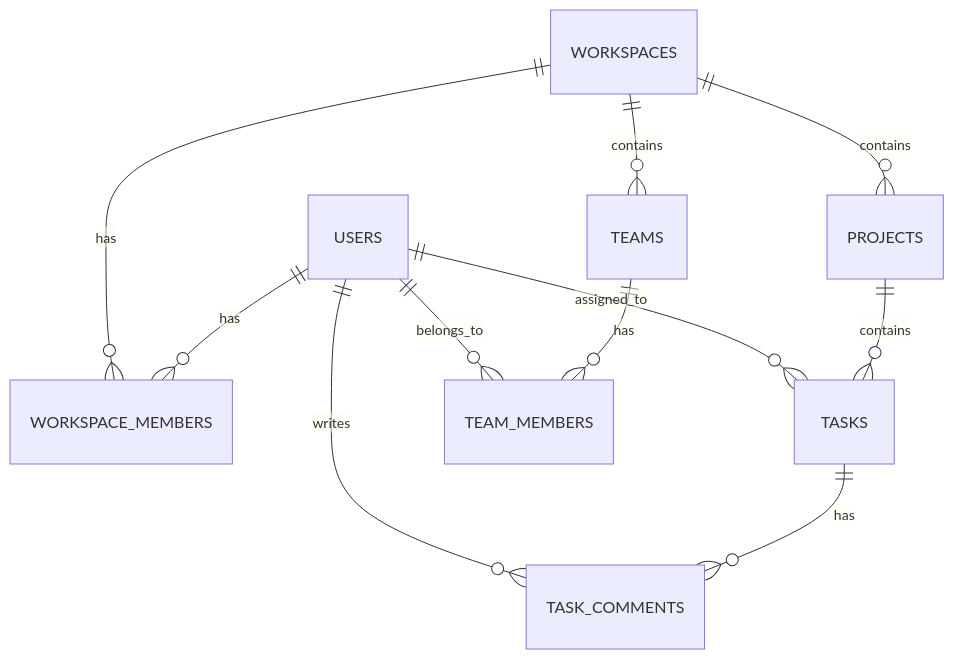
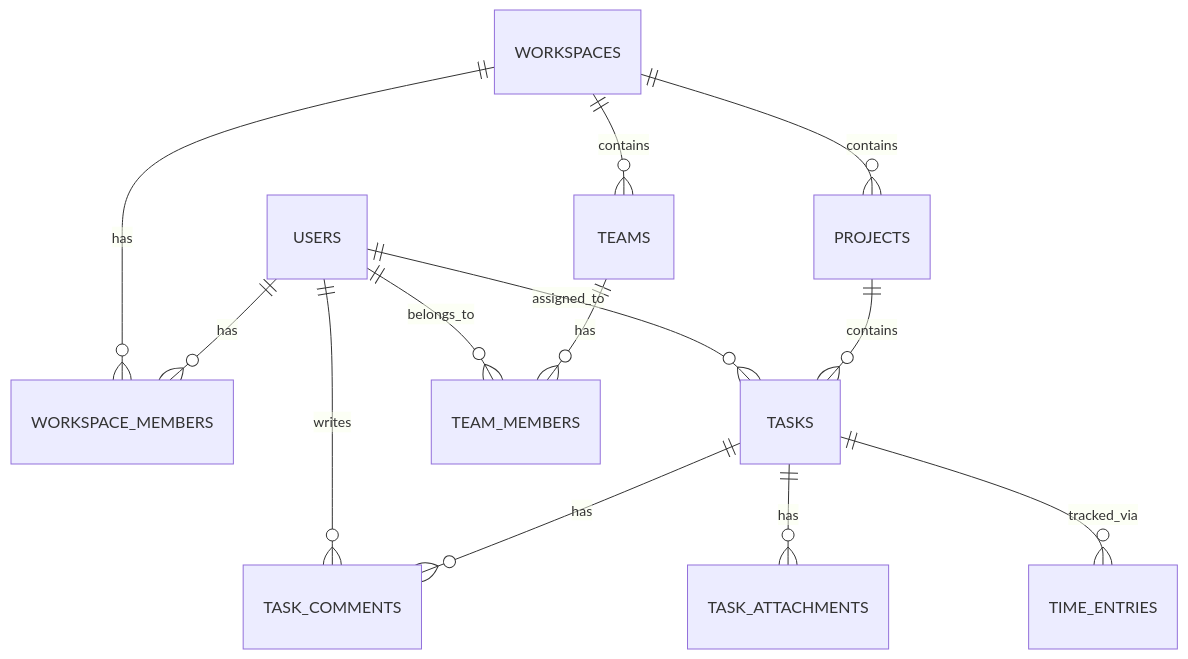
One commit to anirudhy-jpg/TaskPilot changed the second of 3 diagrams in TECHNICAL_REPORT.md. Above: the diagram before and after it, drawn with Mermaid. The commit also changed other lines of this file and 39 other files, not shown here.

````diff
--- a/TECHNICAL_REPORT.md
+++ b/TECHNICAL_REPORT.md
@@ -157,13 +169,15 @@
 ```mermaid
 erDiagram
     USERS ||--o{ WORKSPACE_MEMBERS : "has"
     WORKSPACES ||--o{ WORKSPACE_MEMBERS : "has"
     WORKSPACES ||--o{ PROJECTS : "contains"
     WORKSPACES ||--o{ TEAMS : "contains"
     PROJECTS ||--o{ TASKS : "contains"
     TASKS ||--o{ TASK_COMMENTS : "has"
+    TASKS ||--o{ TASK_ATTACHMENTS : "has"
+    TASKS ||--o{ TIME_ENTRIES : "tracked_via"
     USERS ||--o{ TASKS : "assigned_to"
     USERS ||--o{ TASK_COMMENTS : "writes"
     TEAMS ||--o{ TEAM_MEMBERS : "has"
     USERS ||--o{ TEAM_MEMBERS : "belongs_to"
 ```
````
